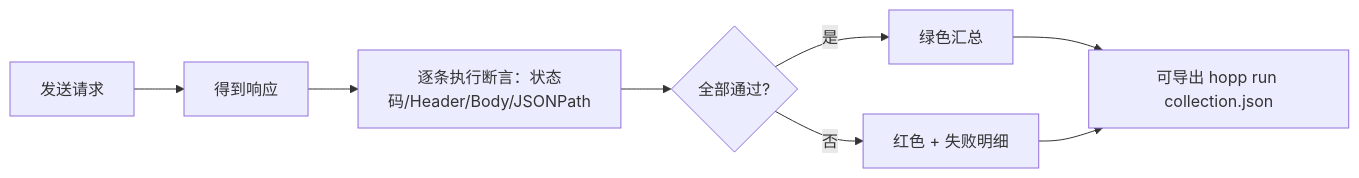
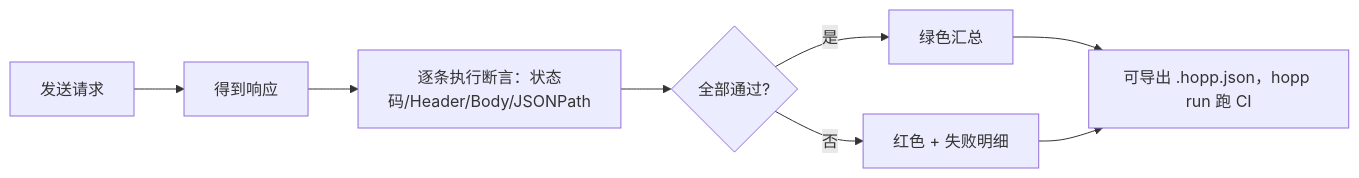
The sixth of 7 diagrams in docs/FEATURE_UI_DESIGN.md (scottli139/hopp), drawn with Mermaid before and after one commit. The commit also changed other lines of this file and 15 other files, not shown here.

````diff
--- a/docs/FEATURE_UI_DESIGN.md
+++ b/docs/FEATURE_UI_DESIGN.md
@@ -102,10 +103,10 @@
 ```mermaid
 flowchart LR
     A[发送请求] --> B[得到响应]
     B --> C[逐条执行断言：状态码/Header/Body/JSONPath]
     C --> D{全部通过?}
     D -->|是| E[绿色汇总]
     D -->|否| F[红色 + 失败明细]
-    E --> G[可导出 hopp run collection.json]
+    E --> G[可导出 .hopp.json，hopp run 跑 CI]
     F --> G
 ```
````
